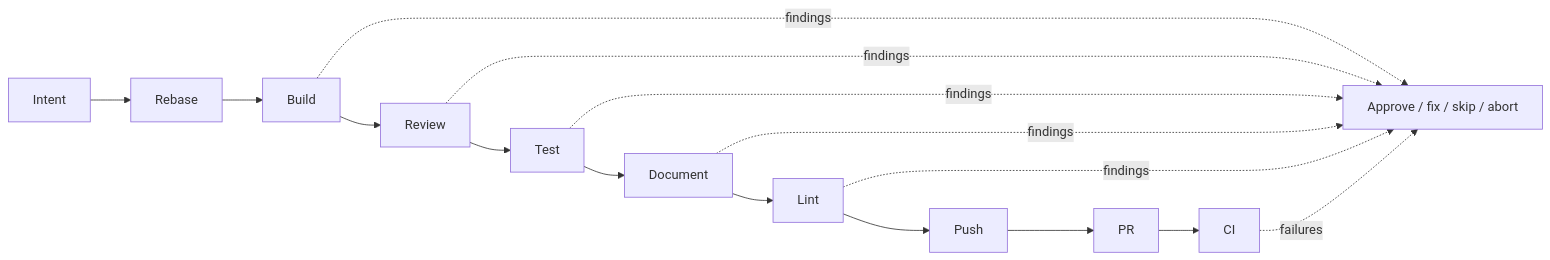
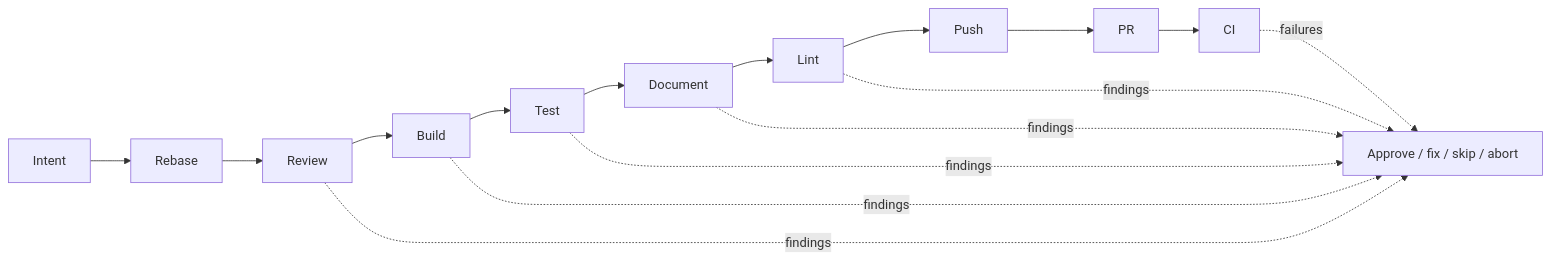
One commit to alvarohulse/no-mistakes changed the diagram in docs/src/content/docs/concepts/pipeline.md. Above: the diagram before and after it, drawn with Mermaid. The commit also changed other lines of this file and 18 other files, not shown here.

Commit message:
docs(pipeline): show Build after Review

````diff
--- a/docs/src/content/docs/concepts/pipeline.md
+++ b/docs/src/content/docs/concepts/pipeline.md
@@ -12,22 +12,22 @@
 ```mermaid
 flowchart LR
   intent["Intent"]
   rebase["Rebase"]
   build["Build"]
   review["Review"]
   test["Test"]
   document["Document"]
   lint["Lint"]
   push["Push"]
   pr["PR"]
   ci["CI"]
   action["Approve / fix / skip / abort"]
 
-  intent --> rebase --> build --> review --> test --> document --> lint --> push --> pr --> ci
+  intent --> rebase --> review --> build --> test --> document --> lint --> push --> pr --> ci
   build -. findings .-> action
   review -. findings .-> action
   test -. findings .-> action
   document -. findings .-> action
   lint -. findings .-> action
   ci -. failures .-> action
 ```
````
